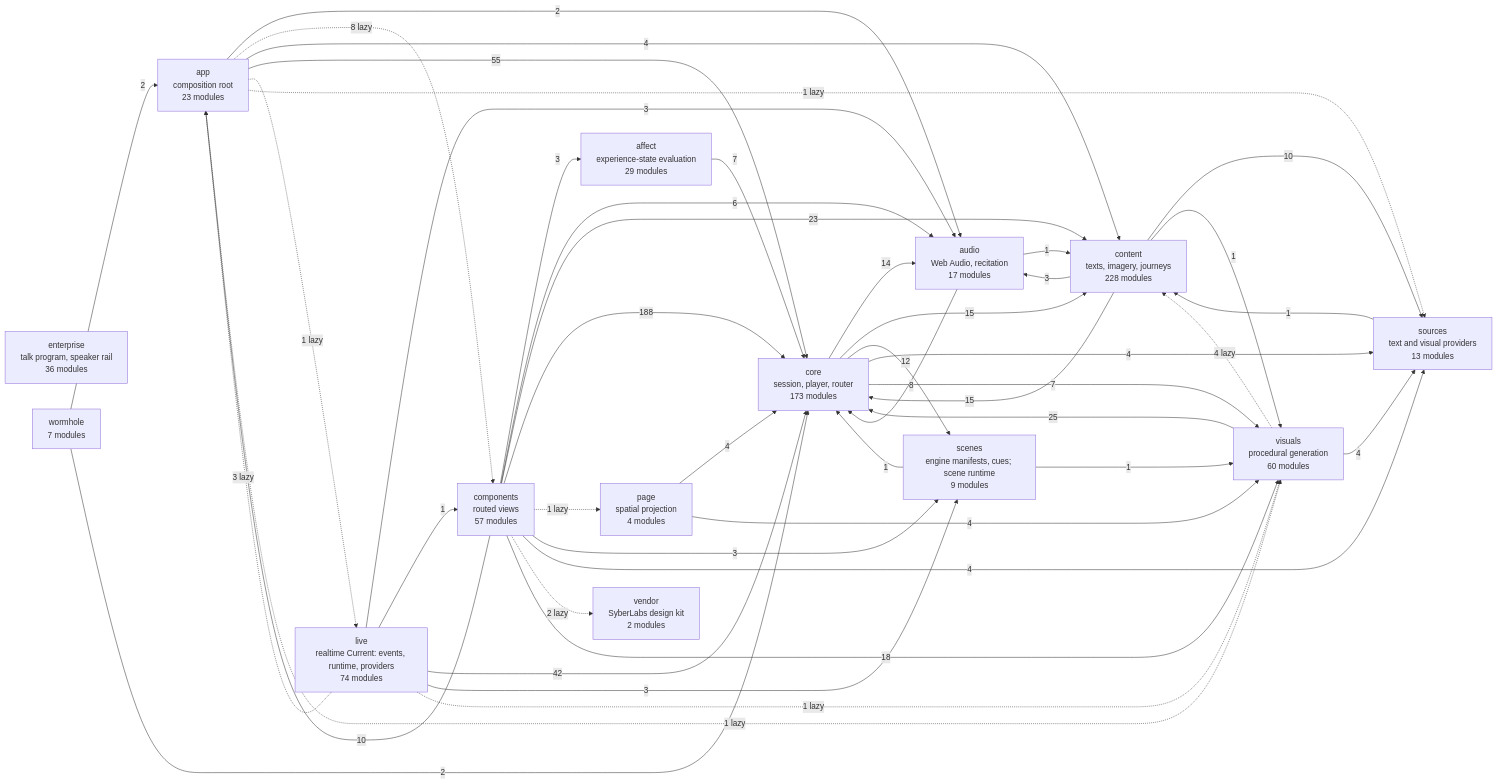
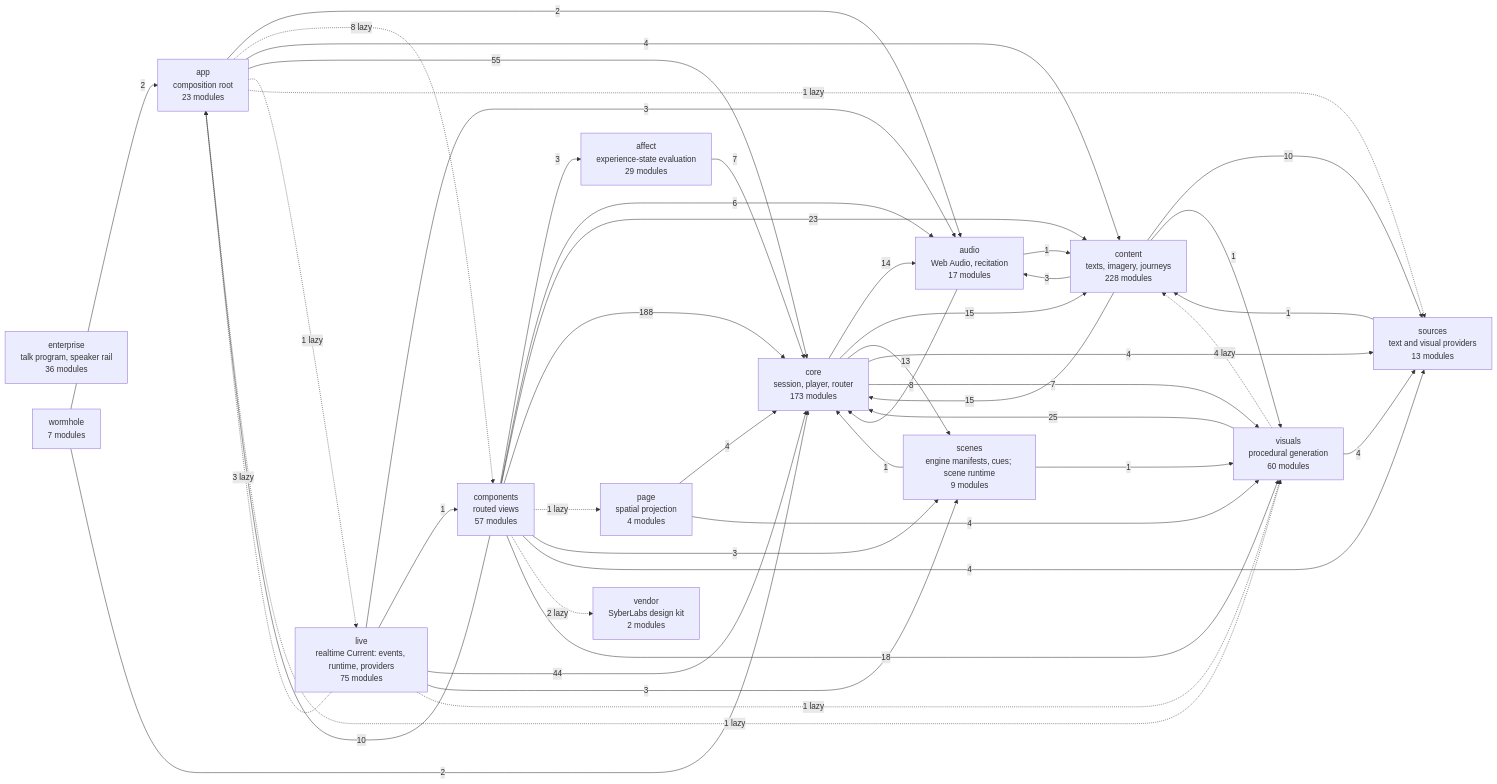
The diagram in docs/specs/ARCHITECTURE.md (SyberLabs/RISE), drawn with Mermaid before and after one commit. The commit also changed 14 other files, not shown here.

````diff
--- a/docs/specs/ARCHITECTURE.md
+++ b/docs/specs/ARCHITECTURE.md
@@ -161,63 +161,63 @@
 ```mermaid
 flowchart LR
     affect["affect<br/>experience-state evaluation<br/>29 modules"]
     app["app<br/>composition root<br/>23 modules"]
     audio["audio<br/>Web Audio, recitation<br/>17 modules"]
     components["components<br/>routed views<br/>57 modules"]
     content["content<br/>texts, imagery, journeys<br/>228 modules"]
     core["core<br/>session, player, router<br/>173 modules"]
     enterprise["enterprise<br/>talk program, speaker rail<br/>36 modules"]
-    live["live<br/>realtime Current: events, runtime, providers<br/>74 modules"]
+    live["live<br/>realtime Current: events, runtime, providers<br/>75 modules"]
     page["page<br/>spatial projection<br/>4 modules"]
     scenes["scenes<br/>engine manifests, cues; scene runtime<br/>9 modules"]
     sources["sources<br/>text and visual providers<br/>13 modules"]
     vendor["vendor<br/>SyberLabs design kit<br/>2 modules"]
     visuals["visuals<br/>procedural generation<br/>60 modules"]
     wormhole["wormhole<br/>7 modules"]
 
     affect --> |7| core
     app --> |2| audio
     app -.-> |8 lazy| components
     app --> |4| content
     app --> |55| core
     app -.-> |1 lazy| live
     app -.-> |1 lazy| sources
     app -.-> |1 lazy| visuals
     audio --> |1| content
     audio --> |8| core
     components --> |3| affect
     components --> |10| app
     components --> |6| audio
     components --> |23| content
     components --> |188| core
     components -.-> |1 lazy| page
     components --> |3| scenes
     components --> |4| sources
     components -.-> |2 lazy| vendor
     components --> |18| visuals
     content --> |3| audio
     content --> |15| core
     content --> |10| sources
     content --> |1| visuals
     core --> |14| audio
     core --> |15| content
-    core --> |12| scenes
+    core --> |13| scenes
     core --> |4| sources
     core --> |7| visuals
     live -.-> |3 lazy| app
     live --> |3| audio
     live --> |1| components
-    live --> |42| core
+    live --> |44| core
     live --> |3| scenes
     live -.-> |1 lazy| visuals
     page --> |4| core
     page --> |4| visuals
     scenes --> |1| core
     scenes --> |1| visuals
     sources --> |1| content
     visuals -.-> |4 lazy| content
     visuals --> |25| core
     visuals --> |4| sources
     wormhole --> |2| app
     wormhole --> |2| core
 ```
````
